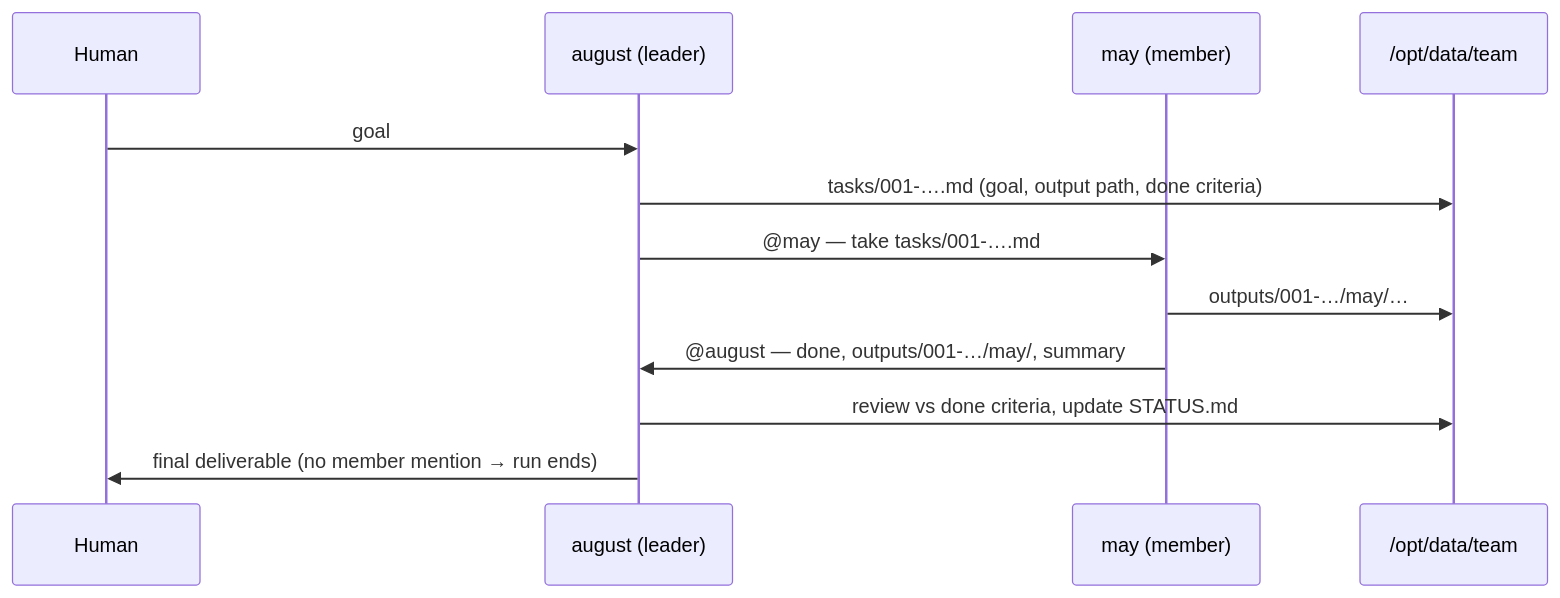
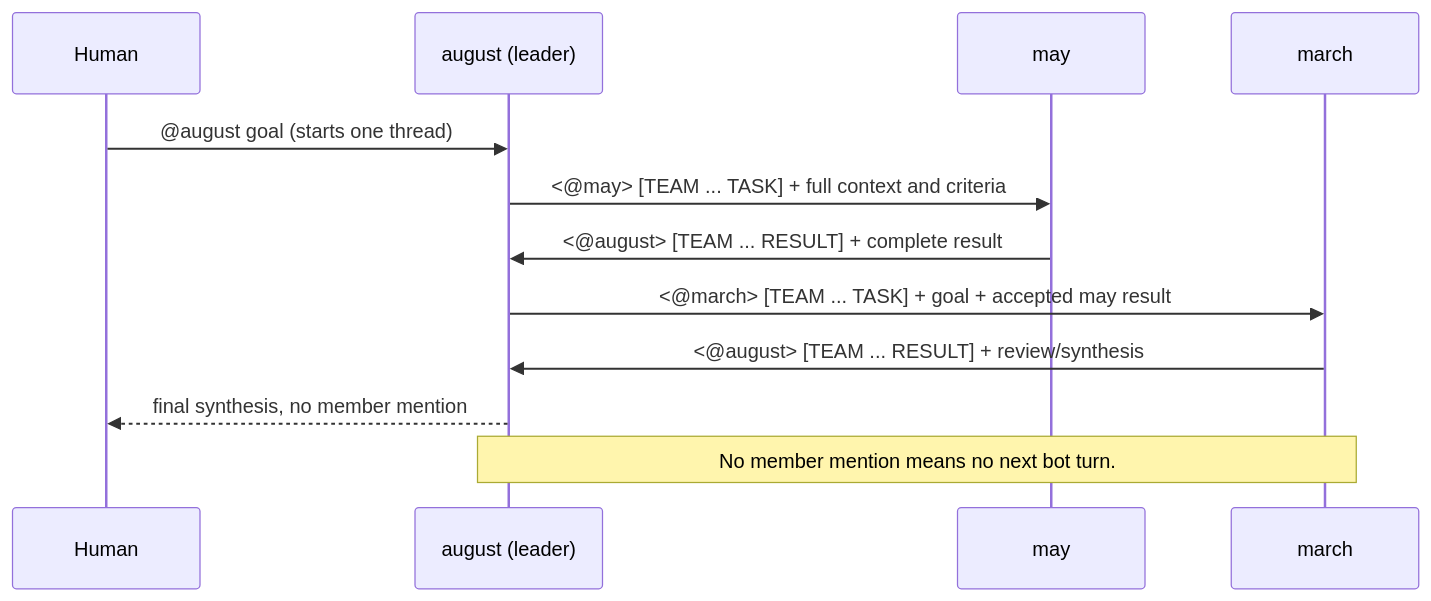
Before and after one commit to jyje/hermes-agent-helm: the diagram in docs/teams.md, drawn with Mermaid. The commit also changed other lines of this file and 11 other files, not shown here.

````diff
--- a/docs/teams.md
+++ b/docs/teams.md
@@ -250,15 +263,15 @@
 ```mermaid
 sequenceDiagram
     participant H as Human
     participant A as august (leader)
-    participant M as may (member)
-    participant W as /opt/data/team
+    participant M as may
+    participant R as march
 
-    H->>A: goal
-    A->>W: tasks/001-….md (goal, output path, done criteria)
-    A->>M: @may — take tasks/001-….md
-    M->>W: outputs/001-…/may/…
-    M->>A: @august — done, outputs/001-…/may/, summary
-    A->>W: review vs done criteria, update STATUS.md
-    A->>H: final deliverable (no member mention → run ends)
+    H->>A: @august goal (starts one thread)
+    A->>M: <@may> [TEAM ... TASK] + full context and criteria
+    M->>A: <@august> [TEAM ... RESULT] + complete result
+    A->>R: <@march> [TEAM ... TASK] + goal + accepted may result
+    R->>A: <@august> [TEAM ... RESULT] + review/synthesis
+    A-->>H: final synthesis, no member mention
+    Note over A,R: No member mention means no next bot turn.
 ```
````
